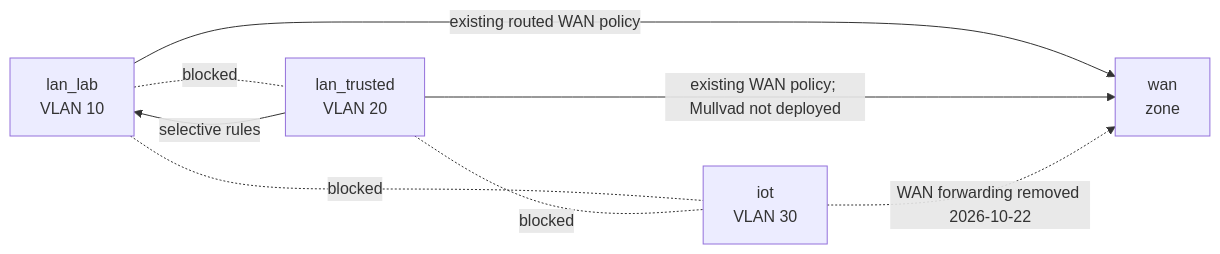
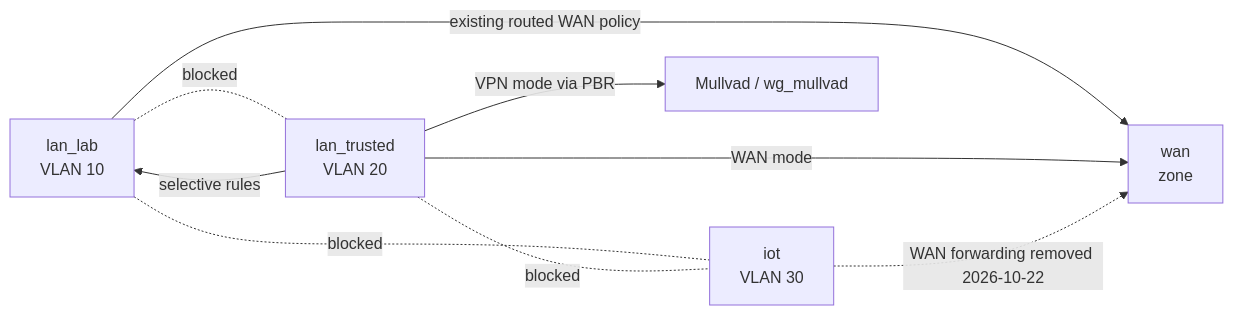
Before and after one commit to sethbarrett50/home_lab_docs: the diagram in docs/networking/firewall.md, drawn with Mermaid. The commit also changed other lines of this file and 13 other files, not shown here.

````diff
--- a/docs/networking/firewall.md
+++ b/docs/networking/firewall.md
@@ -7,16 +7,17 @@
 ```mermaid
 flowchart LR
     WAN[wan\nzone]
     LAB[lan_lab\nVLAN 10]
     TRUST[lan_trusted\nVLAN 20]
     IOT[iot\nVLAN 30]
 
     LAB -->|"existing routed WAN policy"| WAN
-    TRUST -->|"existing WAN policy; Mullvad not deployed"| WAN
+    TRUST -->|"WAN mode"| WAN
+    TRUST -->|"VPN mode via PBR"| VPN[Mullvad / wg_mullvad]
     IOT -.->|"WAN forwarding removed 2026-10-22"| WAN
 
     LAB -. blocked .- TRUST
     LAB -. blocked .- IOT
     TRUST -. blocked .- IOT
     TRUST -->|"selective rules"| LAB
 ```
````
